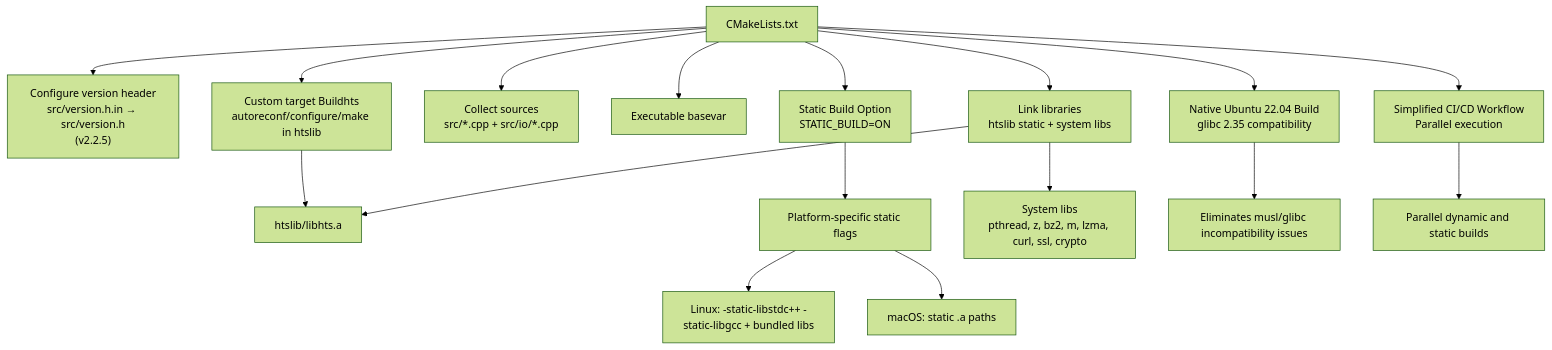
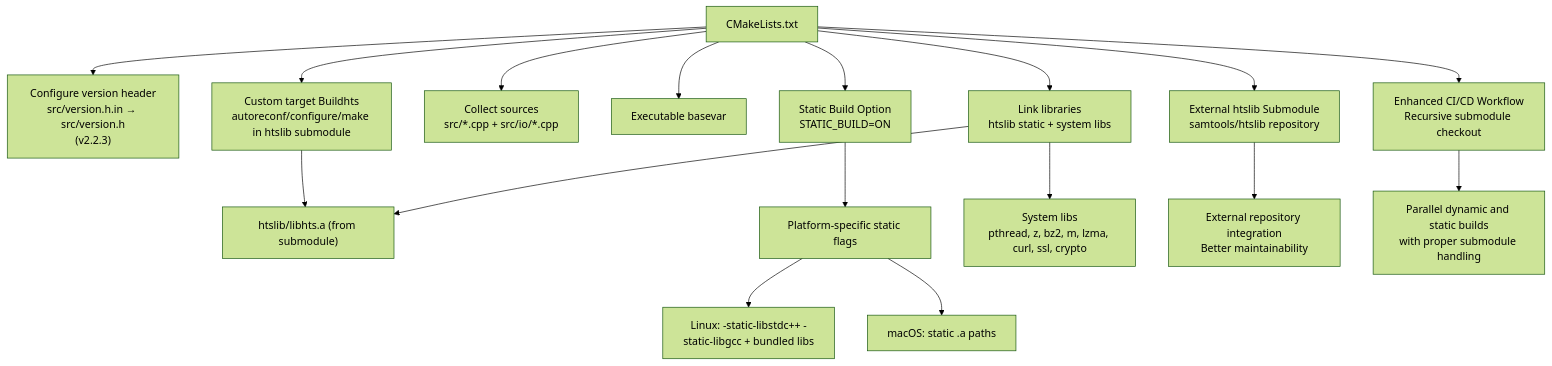
One commit to ShujiaHuang/BaseVar2 changed the first of 8 diagrams in .qoder/repowiki/en/content/Build System and Configuration.md. Above: the diagram before and after it, drawn with Mermaid (forest theme). The commit also changed other lines of this file and 6 other files, not shown here.

````diff
--- a/.qoder/repowiki/en/content/Build System and Configuration.md
+++ b/.qoder/repowiki/en/content/Build System and Configuration.md
@@ -59,19 +60,19 @@
 ```mermaid
 graph TB
-A["CMakeLists.txt"] --> B["Configure version header<br/>src/version.h.in → src/version.h<br/>(v2.2.5)"]
-A --> C["Custom target Buildhts<br/>autoreconf/configure/make in htslib"]
+A["CMakeLists.txt"] --> B["Configure version header<br/>src/version.h.in → src/version.h<br/>(v2.2.3)"]
+A --> C["Custom target Buildhts<br/>autoreconf/configure/make in htslib submodule"]
 A --> D["Collect sources<br/>src/*.cpp + src/io/*.cpp"]
 A --> E["Executable basevar"]
 A --> F["Static Build Option<br/>STATIC_BUILD=ON"]
 A --> G["Link libraries<br/>htslib static + system libs"]
-A --> H["Native Ubuntu 22.04 Build<br/>glibc 2.35 compatibility"]
-A --> I["Simplified CI/CD Workflow<br/>Parallel execution"]
-C --> J["htslib/libhts.a"]
+A --> H["External htslib Submodule<br/>samtools/htslib repository"]
+A --> I["Enhanced CI/CD Workflow<br/>Recursive submodule checkout"]
+C --> J["htslib/libhts.a (from submodule)"]
 F --> K["Platform-specific static flags"]
 G --> J
 G --> L["System libs<br/>pthread, z, bz2, m, lzma, curl, ssl, crypto"]
 K --> M["Linux: -static-libstdc++ -static-libgcc + bundled libs"]
 K --> N["macOS: static .a paths"]
-H --> O["Eliminates musl/glibc incompatibility issues"]
-I --> P["Parallel dynamic and static builds"]
+H --> O["External repository integration<br/>Better maintainability"]
+I --> P["Parallel dynamic and static builds<br/>with proper submodule handling"]
 ```
````
